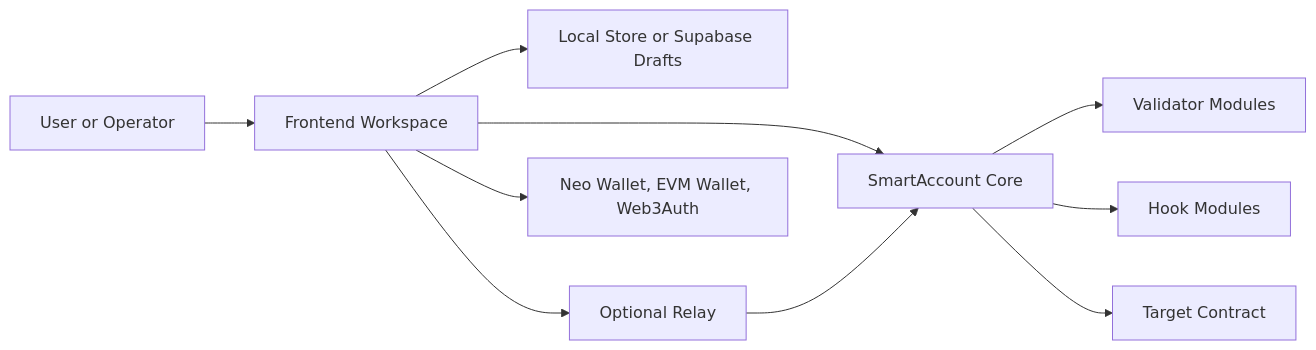
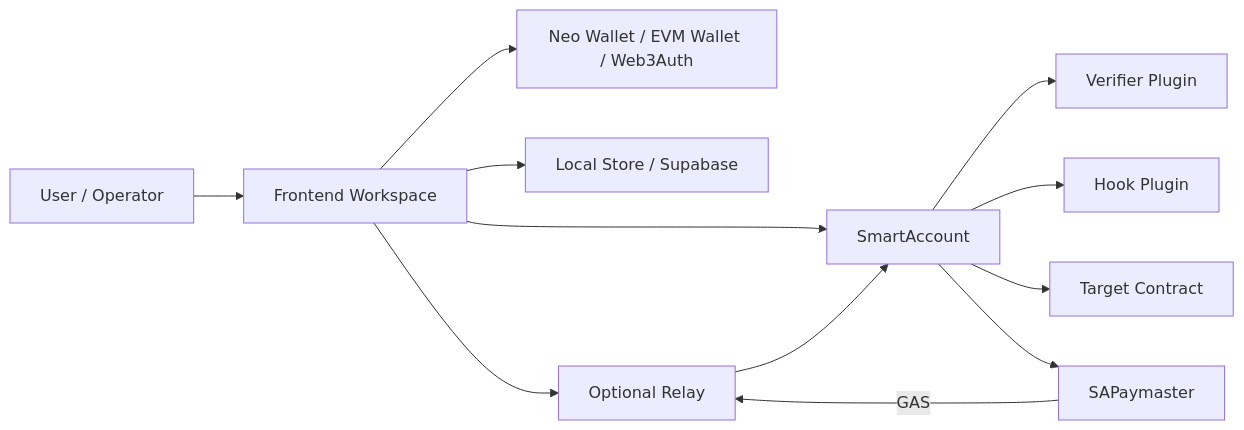
One commit to r3e-network/neo-os-aa changed the first of 3 diagrams in frontend/src/assets/docs/architecture.md. Above: the diagram before and after it, drawn with Mermaid. The commit also changed other lines of this file and 148 other files, not shown here.

````diff
--- a/frontend/src/assets/docs/architecture.md
+++ b/frontend/src/assets/docs/architecture.md
@@ -8,22 +9,25 @@
 ```mermaid
 flowchart LR
-  User[User or Operator]
-  Browser[Frontend Workspace]
-  Drafts[Local Store or Supabase Drafts]
+  User[User / Operator]
+  Frontend[Frontend Workspace]
+  Wallets[Neo Wallet / EVM Wallet / Web3Auth]
+  Drafts[Local Store / Supabase]
   Relay[Optional Relay]
-  Wallets[Neo Wallet, EVM Wallet, Web3Auth]
-  Core[SmartAccount Core]
-  ValidatorModule[Validator Modules]
-  HookModule[Hook Modules]
+  Core[SmartAccount]
+  Verifier[Verifier Plugin]
+  Hook[Hook Plugin]
+  Paymaster[SAPaymaster]
   Target[Target Contract]
 
-  User --> Browser
-  Browser --> Wallets
-  Browser --> Drafts
-  Browser --> Relay
-  Browser --> Core
+  User --> Frontend
+  Frontend --> Wallets
+  Frontend --> Drafts
+  Frontend --> Relay
+  Frontend --> Core
   Relay --> Core
-  Core --> ValidatorModule
-  Core --> HookModule
+  Core --> Verifier
+  Core --> Hook
   Core --> Target
+  Core --> Paymaster
+  Paymaster -->|GAS| Relay
 ```
````
